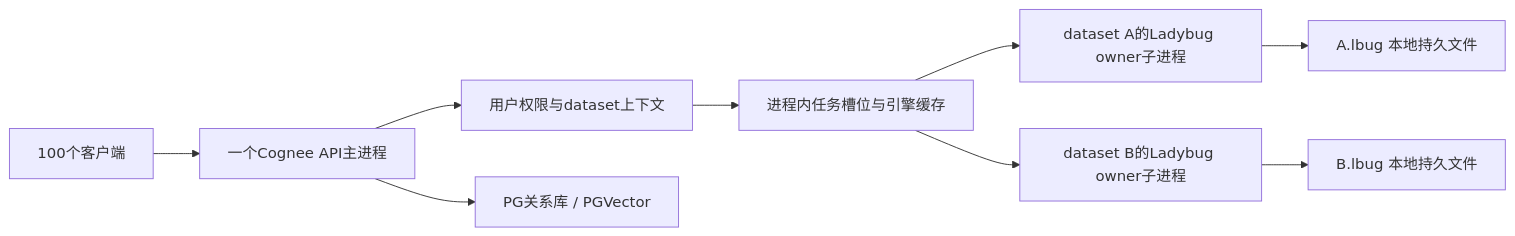
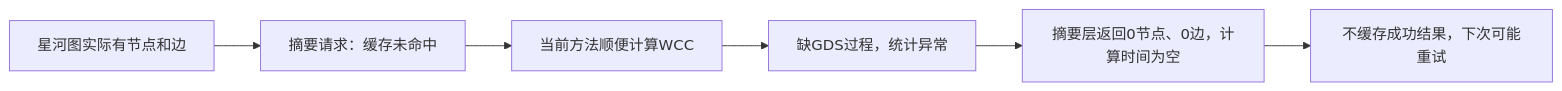
Before and after one commit to stefanv5/memory-platform-architecture: diagram 12 of 14 in docs/cognee/graph-storage-postgres-analysis.md, drawn with Mermaid. The commit also changed other lines of this file and 4 other files, not shown here.

````diff
--- a/docs/cognee/graph-storage-postgres-analysis.md
+++ b/docs/cognee/graph-storage-postgres-analysis.md
@@ -1058,11 +345,8 @@
 ```mermaid
 flowchart LR
- C[100个客户端] --> API[一个Cognee API主进程]
- API --> ACL[用户权限与dataset上下文]
- ACL --> Q[进程内任务槽位与引擎缓存]
- Q --> W1[dataset A的Ladybug owner子进程]
- Q --> W2[dataset B的Ladybug owner子进程]
- W1 --> F1[A.lbug 本地持久文件]
- W2 --> F2[B.lbug 本地持久文件]
- API --> PG[PG关系库 / PGVector]
+    A[星河图实际有节点和边] --> B[摘要请求：缓存未命中]
+    B --> C[当前方法顺便计算WCC]
+    C --> D[缺GDS过程，统计异常]
+    D --> E[摘要层返回0节点、0边，计算时间为空]
+    E --> F[不缓存成功结果，下次可能重试]
 ```
````
